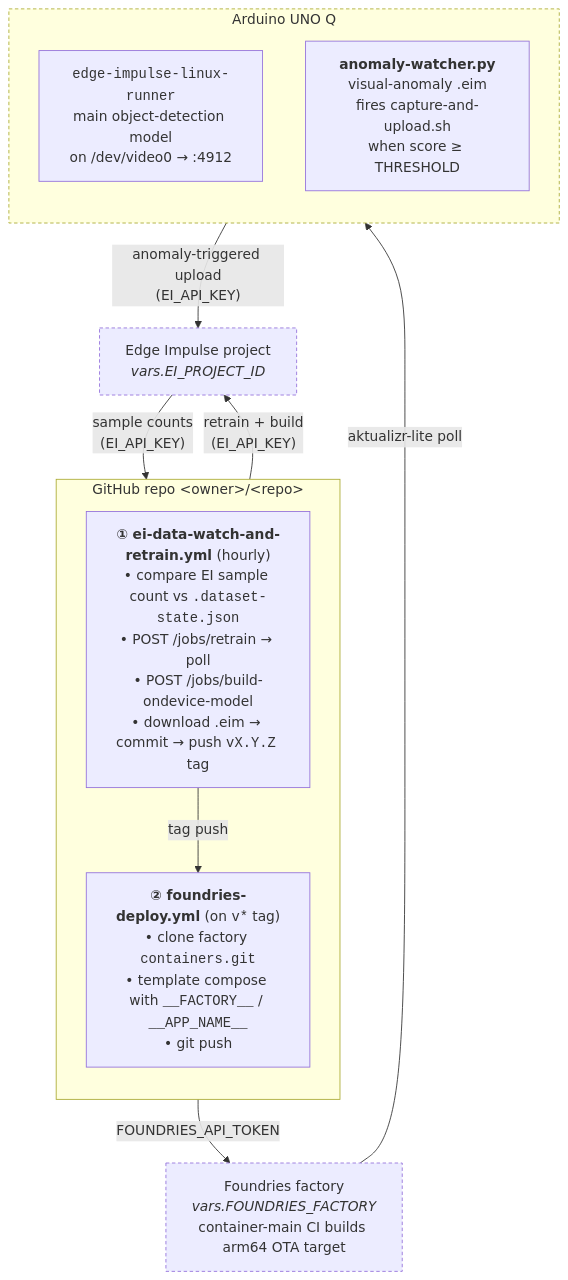
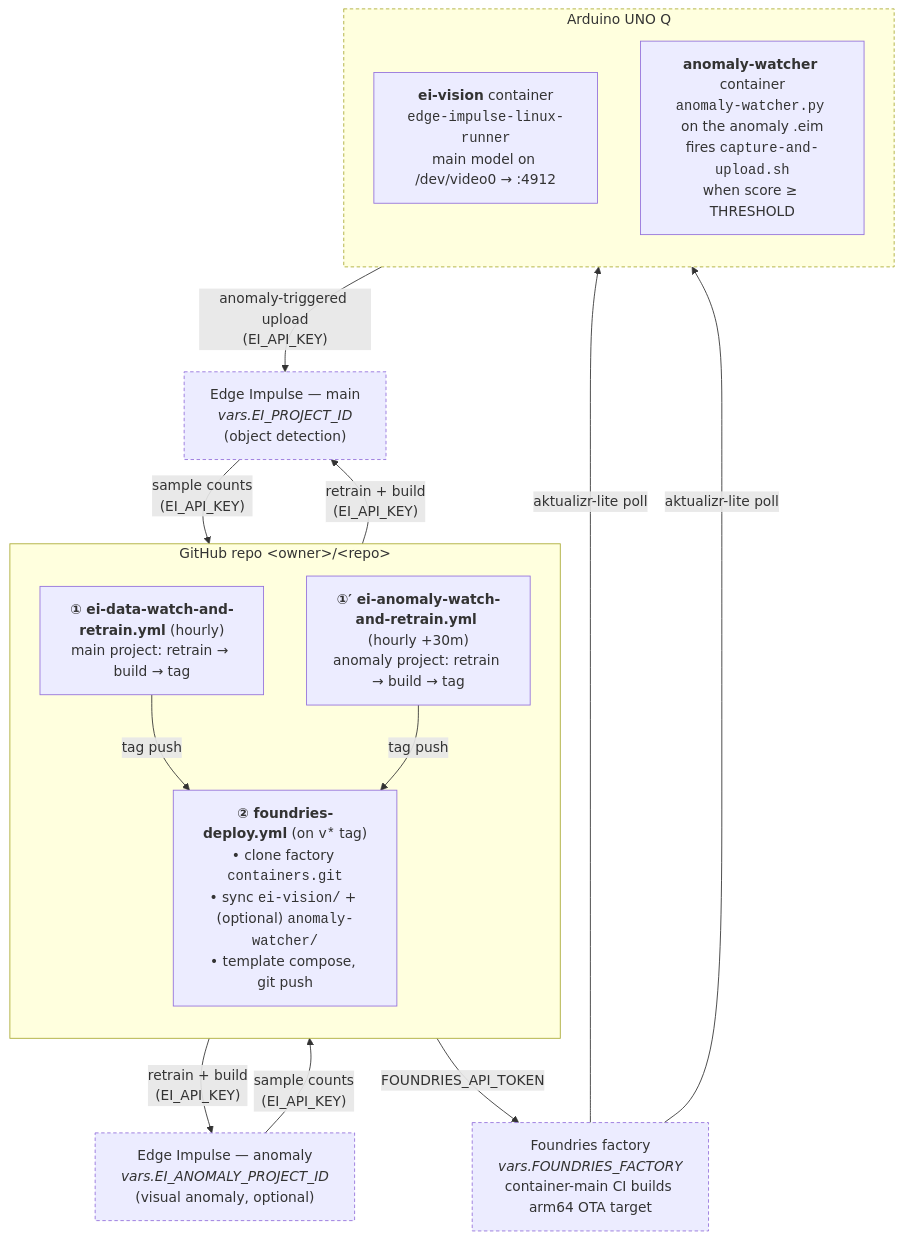
One commit to yennster/ei-vision-uno-q-foundries changed the diagram in README.md. Above: the diagram before and after it, drawn with Mermaid. The commit also changed other lines of this file and 9 other files, not shown here.

First line of the commit message:
feat: ship the anomaly watcher OTA via Foundries

````diff
--- a/README.md
+++ b/README.md
@@ -11,28 +11,34 @@
 ```mermaid
 flowchart TB
-    EI["Edge Impulse project<br/><i>vars.EI_PROJECT_ID</i>"]
+    EI["Edge Impulse — main<br/><i>vars.EI_PROJECT_ID</i><br/>(object detection)"]
+    EIA["Edge Impulse — anomaly<br/><i>vars.EI_ANOMALY_PROJECT_ID</i><br/>(visual anomaly, optional)"]
 
     subgraph GH["GitHub repo &lt;owner&gt;/&lt;repo&gt;"]
         direction TB
-        WF1["<b>① ei-data-watch-and-retrain.yml</b> (hourly)<br/>• compare EI sample count vs <code>.dataset-state.json</code><br/>• POST /jobs/retrain → poll<br/>• POST /jobs/build-ondevice-model<br/>• download .eim → commit → push <code>vX.Y.Z</code> tag"]
-        WF2["<b>② foundries-deploy.yml</b> (on <code>v*</code> tag)<br/>• clone factory <code>containers.git</code><br/>• template compose with <code>__FACTORY__</code> / <code>__APP_NAME__</code><br/>• git push"]
-        WF1 -- "tag push" --> WF2
+        WF1["<b>① ei-data-watch-and-retrain.yml</b> (hourly)<br/>main project: retrain → build → tag"]
+        WF1A["<b>①′ ei-anomaly-watch-and-retrain.yml</b> (hourly +30m)<br/>anomaly project: retrain → build → tag"]
+        WF2["<b>② foundries-deploy.yml</b> (on <code>v*</code> tag)<br/>• clone factory <code>containers.git</code><br/>• sync <code>ei-vision/</code> + (optional) <code>anomaly-watcher/</code><br/>• template compose, git push"]
+        WF1  -- "tag push" --> WF2
+        WF1A -- "tag push" --> WF2
     end
 
     Factory["Foundries factory<br/><i>vars.FOUNDRIES_FACTORY</i><br/>container-main CI builds arm64 OTA target"]
 
     subgraph Device["Arduino UNO Q"]
         direction TB
-        Runner["<code>edge-impulse-linux-runner</code><br/>main object-detection model<br/>on /dev/video0 → :4912"]
-        Watcher["<b>anomaly-watcher.py</b><br/>visual-anomaly .eim<br/>fires capture-and-upload.sh<br/>when score ≥ THRESHOLD"]
+        Runner["<b>ei-vision</b> container<br/><code>edge-impulse-linux-runner</code><br/>main model on /dev/video0 → :4912"]
+        Watcher["<b>anomaly-watcher</b> container<br/><code>anomaly-watcher.py</code> on the anomaly .eim<br/>fires <code>capture-and-upload.sh</code><br/>when score ≥ THRESHOLD"]
     end
 
-    EI -- "sample counts<br/>(EI_API_KEY)" --> WF1
-    WF1 -- "retrain + build<br/>(EI_API_KEY)" --> EI
+    EI  -- "sample counts<br/>(EI_API_KEY)" --> WF1
+    EIA -- "sample counts<br/>(EI_API_KEY)" --> WF1A
+    WF1  -- "retrain + build<br/>(EI_API_KEY)" --> EI
+    WF1A -- "retrain + build<br/>(EI_API_KEY)" --> EIA
     WF2 -- "FOUNDRIES_API_TOKEN" --> Factory
     Factory -- "aktualizr-lite poll" --> Runner
+    Factory -- "aktualizr-lite poll" --> Watcher
     Watcher -- "anomaly-triggered upload<br/>(EI_API_KEY)" --> EI
 
     classDef secret stroke-dasharray: 4 3;
-    class EI,Factory,Device secret;
+    class EI,EIA,Factory,Device secret;
 ```
````
